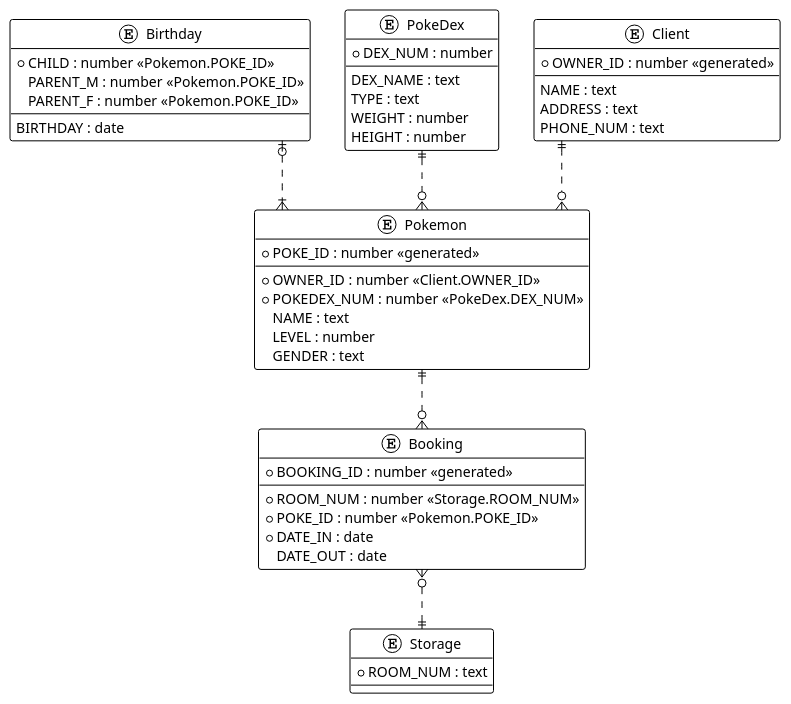
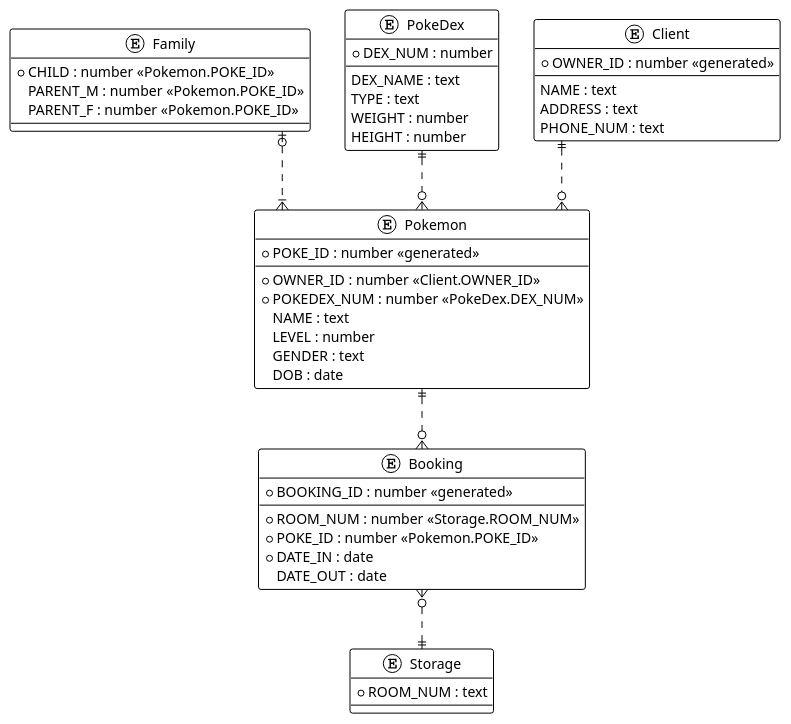
One commit to MrNuTTr/PokemonSpawningDatabase changed the diagram in design/database_design.puml. Above: the diagram before and after it, drawn with PlantUML. The commit also changed 12 other files, not shown here.

```diff
--- a/design/database_design.puml
+++ b/design/database_design.puml
@@ -1,62 +1,61 @@
 @startuml
 !theme plain
 ' hide the spot
 ' hide circle
 
 ' avoid problems with angled crows feet
 skinparam linetype ortho
 
 entity "Pokemon" as Pokemon {
   * POKE_ID : number <<generated>>
   ---
   * OWNER_ID : number <<Client.OWNER_ID>>
   * POKEDEX_NUM : number <<PokeDex.DEX_NUM>>
   NAME : text
   LEVEL : number
   GENDER : text
+  DOB : date
 }
 
-entity "Birthday" as Birthday {
+entity "Family" as Family {
   * CHILD : number <<Pokemon.POKE_ID>>
   PARENT_M : number <<Pokemon.POKE_ID>>
   PARENT_F : number <<Pokemon.POKE_ID>>
-  --
-  BIRTHDAY : date
 }
 
 entity "PokeDex" as PokeDex {
   * DEX_NUM : number
   --
   DEX_NAME : text
   TYPE : text
   WEIGHT : number
   HEIGHT : number
 }
 
 entity "Client" as Client {
   * OWNER_ID : number <<generated>>
   --
   NAME : text
   ADDRESS : text
   PHONE_NUM : text
 }
 
 entity "Storage" as Storage {
   * ROOM_NUM : text
 }
 
 entity "Booking" as Booking {
   * BOOKING_ID : number <<generated>>
   --
   * ROOM_NUM : number <<Storage.ROOM_NUM>>
   * POKE_ID : number <<Pokemon.POKE_ID>>
   * DATE_IN : date
   DATE_OUT : date
 }
 
 PokeDex ||..o{ Pokemon
 Client ||..o{ Pokemon
 Pokemon ||..o{ Booking
 Booking }o..|| Storage
-Birthday |o..|{ Pokemon
+Family |o..|{ Pokemon
 @enduml
```
